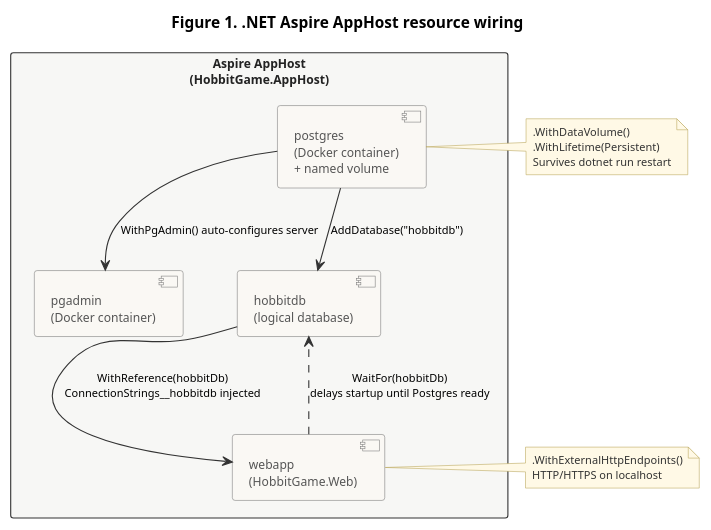
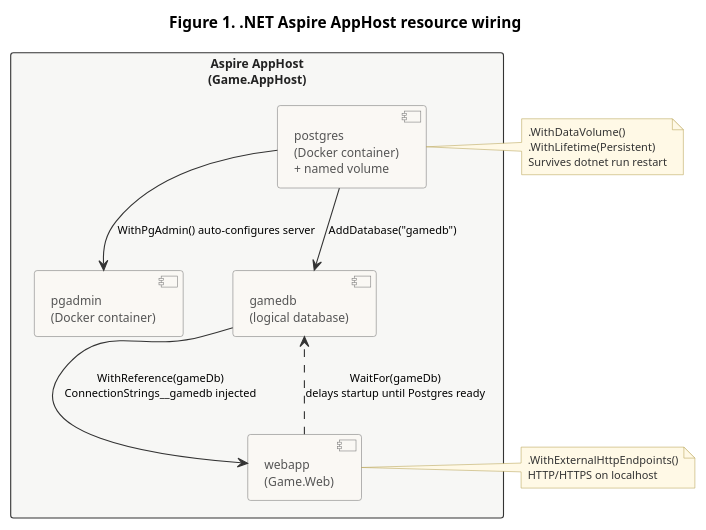
Before and after one commit to konradcinkusz/dotnet-aspire-postgress-article: the diagram in figures/aspire-wiring.plantuml, drawn with PlantUML. The commit also changed 9 other files, not shown here.

```diff
--- a/figures/aspire-wiring.plantuml
+++ b/figures/aspire-wiring.plantuml
@@ -1,60 +1,60 @@
 @startuml
 
 ' ============================================================
 ' Figure 1. .NET Aspire resource wiring diagram
 ' AppHost → Postgres + pgAdmin + Web project
 ' ============================================================
 
 skinparam backgroundColor transparent
 skinparam shadowing false
 skinparam defaultFontName Helvetica
 skinparam defaultFontSize 11
 skinparam ArrowColor #333333
 skinparam ArrowFontSize 10
 
 skinparam rectangle {
     BackgroundColor #F7F7F5
     BorderColor #333333
     FontColor #222222
 }
 
 skinparam component {
     BackgroundColor #FAF8F4
     BorderColor #777777
     FontColor #555555
 }
 
 skinparam note {
     BackgroundColor #FFF9E6
     BorderColor #B8A356
     FontColor #333333
     FontSize 10
 }
 
 title **Figure 1.** .NET Aspire AppHost resource wiring
 
-rectangle "**Aspire AppHost**\n(HobbitGame.AppHost)" as AppHost {
+rectangle "**Aspire AppHost**\n(Game.AppHost)" as AppHost {
 
   component "postgres\n(Docker container)\n+ named volume" as Postgres
   component "pgadmin\n(Docker container)" as PgAdmin
-  component "hobbitdb\n(logical database)" as HobbitDb
-  component "webapp\n(HobbitGame.Web)" as WebApp
+  component "gamedb\n(logical database)" as GameDb
+  component "webapp\n(Game.Web)" as WebApp
 
-  Postgres --> HobbitDb : AddDatabase("hobbitdb")
+  Postgres --> GameDb : AddDatabase("gamedb")
   Postgres --> PgAdmin  : WithPgAdmin() auto-configures server
-  HobbitDb --> WebApp   : WithReference(hobbitDb)\nConnectionStrings__hobbitdb injected
-  WebApp   ..> HobbitDb : WaitFor(hobbitDb)\ndelays startup until Postgres ready
+  GameDb --> WebApp   : WithReference(gameDb)\nConnectionStrings__gamedb injected
+  WebApp   ..> GameDb : WaitFor(gameDb)\ndelays startup until Postgres ready
 }
 
 note right of Postgres
   .WithDataVolume()
   .WithLifetime(Persistent)
   Survives dotnet run restart
 end note
 
 note right of WebApp
   .WithExternalHttpEndpoints()
   HTTP/HTTPS on localhost
 end note
 
 @enduml
```
